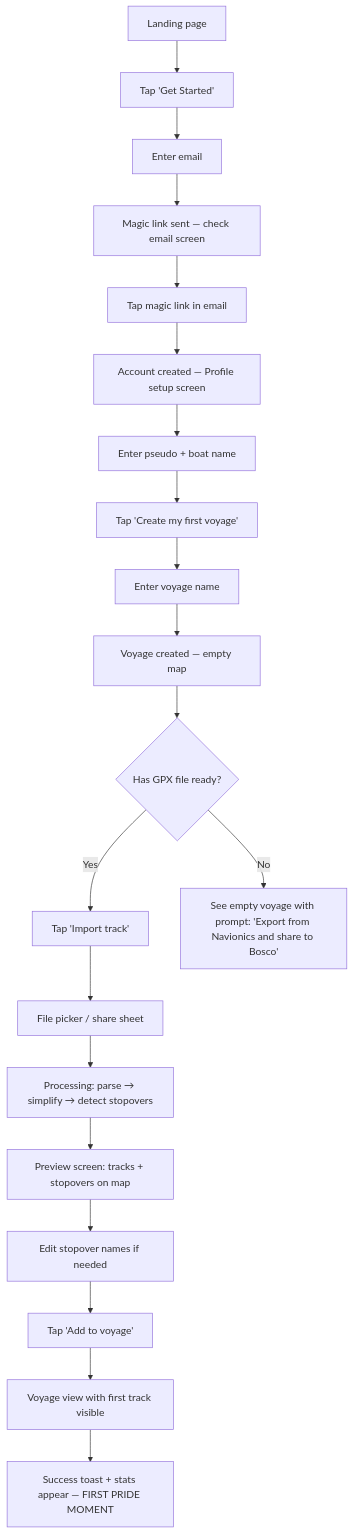
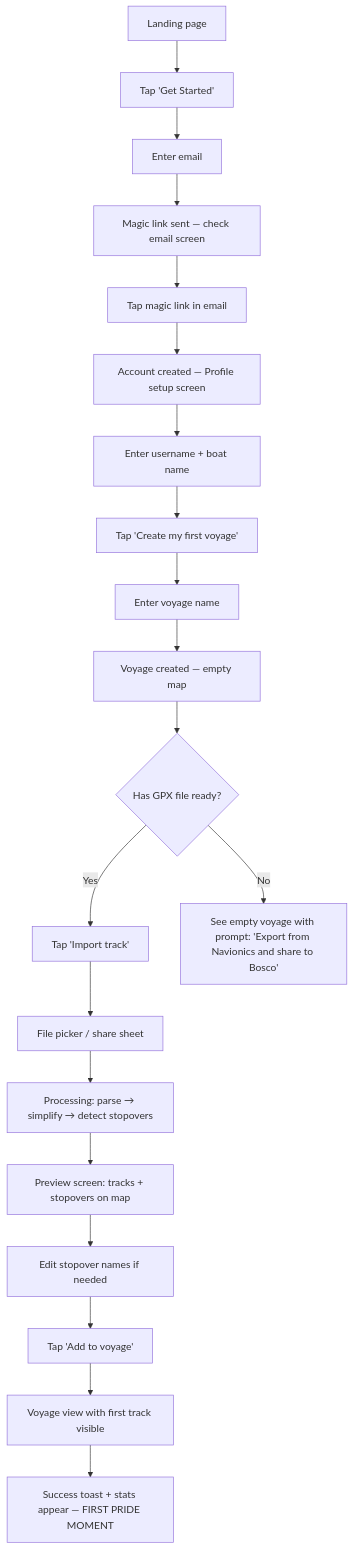
The first of 4 diagrams in _bmad-output/planning-artifacts/ux-design-specification.md (SebastienTr/bosco), drawn with Mermaid before and after one commit. The commit also changed other lines of this file and 35 other files, not shown here.

````diff
--- a/_bmad-output/planning-artifacts/ux-design-specification.md
+++ b/_bmad-output/planning-artifacts/ux-design-specification.md
@@ -535,22 +535,22 @@
 ```mermaid
 flowchart TD
     A[Landing page] --> B[Tap 'Get Started']
     B --> C[Enter email]
     C --> D[Magic link sent — check email screen]
     D --> E[Tap magic link in email]
     E --> F[Account created — Profile setup screen]
-    F --> G[Enter pseudo + boat name]
+    F --> G[Enter username + boat name]
     G --> H[Tap 'Create my first voyage']
     H --> I[Enter voyage name]
     I --> J[Voyage created — empty map]
     J --> K{Has GPX file ready?}
     K -->|Yes| L[Tap 'Import track']
     K -->|No| M[See empty voyage with prompt: 'Export from Navionics and share to Bosco']
     L --> N[File picker / share sheet]
     N --> O[Processing: parse → simplify → detect stopovers]
     O --> P[Preview screen: tracks + stopovers on map]
     P --> Q[Edit stopover names if needed]
     Q --> R[Tap 'Add to voyage']
     R --> S[Voyage view with first track visible]
     S --> T["Success toast + stats appear — FIRST PRIDE MOMENT"]
 ```
````
